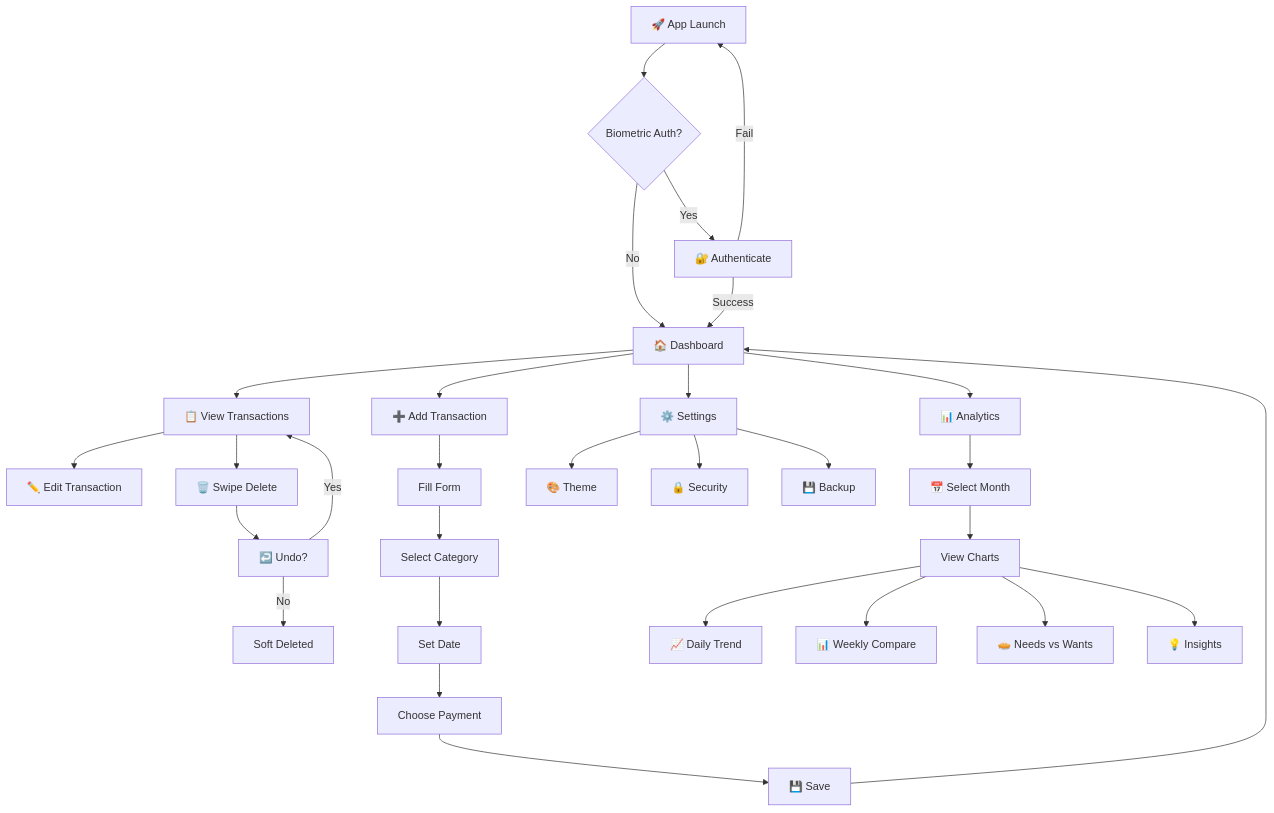
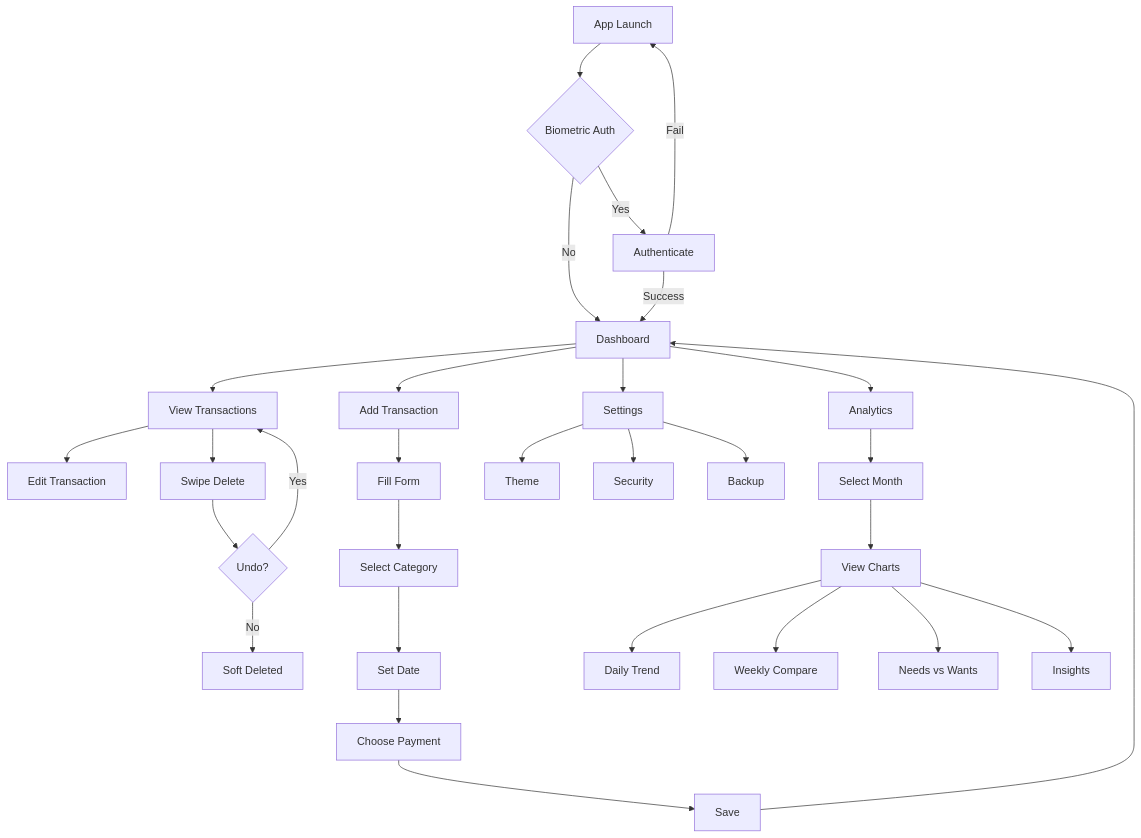
One commit to VishnuKant0925/Expanse_Tracker changed the fourth of 5 diagrams in README.md. Above: the diagram before and after it, drawn with Mermaid. The commit also changed other lines of this file, not shown here.

````diff
--- a/README.md
+++ b/README.md
@@ -281,37 +268,37 @@
 ```mermaid
 flowchart TD
-    A[🚀 App Launch] --> B{Biometric Auth?}
-    B -->|Yes| C[🔐 Authenticate]
-    B -->|No| D[🏠 Dashboard]
+    A[App Launch] --> B{Biometric Auth}
+    B -->|Yes| C[Authenticate]
+    B -->|No| D[Dashboard]
     C -->|Success| D
     C -->|Fail| A
 
-    D --> E[📋 View Transactions]
-    D --> F[➕ Add Transaction]
-    D --> G[📊 Analytics]
-    D --> H[⚙️ Settings]
+    D --> E[View Transactions]
+    D --> F[Add Transaction]
+    D --> G[Analytics]
+    D --> H[Settings]
 
-    E --> I[✏️ Edit Transaction]
-    E --> J[🗑️ Swipe Delete]
-    J --> K[↩️ Undo?]
+    E --> I[Edit Transaction]
+    E --> J[Swipe Delete]
+    J --> K{Undo?}
     K -->|Yes| E
     K -->|No| L[Soft Deleted]
 
     F --> M[Fill Form]
     M --> N[Select Category]
     N --> O[Set Date]
     O --> P[Choose Payment]
-    P --> Q[💾 Save]
+    P --> Q[Save]
     Q --> D
 
-    G --> R[📅 Select Month]
+    G --> R[Select Month]
     R --> S[View Charts]
-    S --> T[📈 Daily Trend]
-    S --> U[📊 Weekly Compare]
-    S --> V[🥧 Needs vs Wants]
-    S --> W[💡 Insights]
+    S --> T[Daily Trend]
+    S --> U[Weekly Compare]
+    S --> V[Needs vs Wants]
+    S --> W[Insights]
 
-    H --> X[🎨 Theme]
-    H --> Y[🔒 Security]
-    H --> Z[💾 Backup]
+    H --> X[Theme]
+    H --> Y[Security]
+    H --> Z[Backup]
 ```
````
